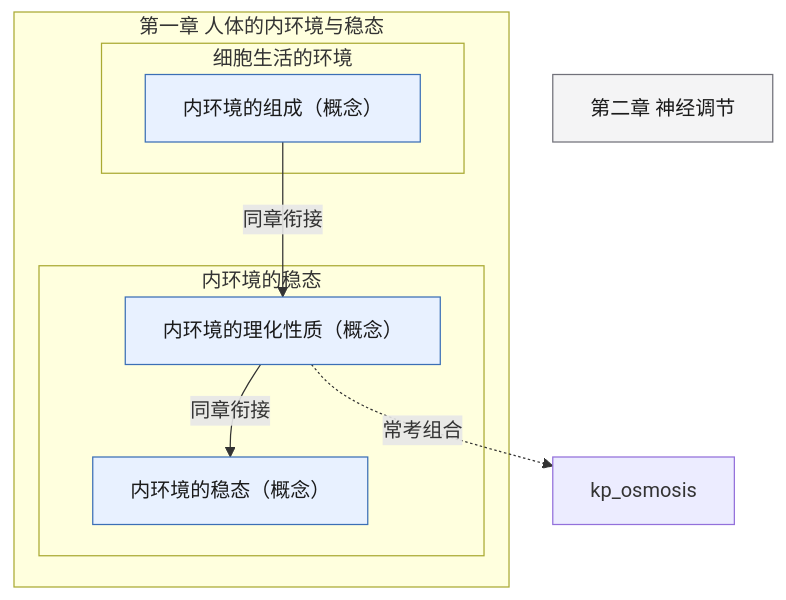
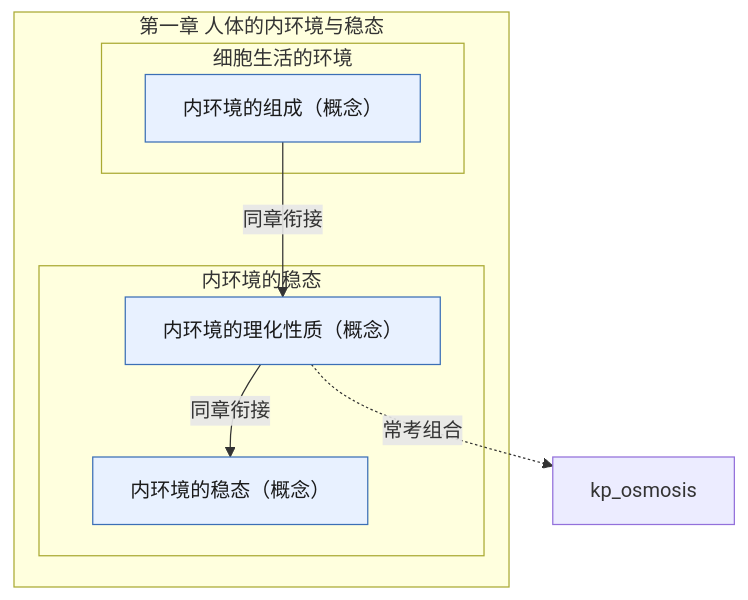
One commit to lihenair/high-school-ai-tutor-skill changed the diagram in skills/high-school-ai-tutor/references/pep-bio-xbx1-ch1.md. Above: the diagram before and after it, drawn with Mermaid. The commit also changed 26 other files, not shown here.

First line of the commit message:
feat(bio): 跨教材知识联系图谱——占位符清退 + 53 条组合边 + 联系图谱文档

````diff
--- a/skills/high-school-ai-tutor/references/pep-bio-xbx1-ch1.md
+++ b/skills/high-school-ai-tutor/references/pep-bio-xbx1-ch1.md
@@ -5,20 +5,19 @@
 ```mermaid
 flowchart TD
   classDef concept fill:#E8F1FF,stroke:#3B6FB6,color:#1A1A1A
   classDef skill fill:#E7F6EE,stroke:#2E7D4F,color:#1A1A1A
   classDef experiment fill:#FFF4E5,stroke:#C47B17,color:#1A1A1A
   classDef later fill:#F4F4F5,stroke:#71717A,color:#1A1A1A
   subgraph ch["第一章 人体的内环境与稳态"]
     subgraph s1["细胞生活的环境"]
       kp_internal_environment["内环境的组成（概念）"]:::concept
     end
     subgraph s2["内环境的稳态"]
       kp_internal_env_properties["内环境的理化性质（概念）"]:::concept
       kp_homeostasis["内环境的稳态（概念）"]:::concept
     end
   end
-  xbx1_ch2["第二章 神经调节"]:::later
   kp_internal_environment -->|同章衔接| kp_internal_env_properties
   kp_internal_env_properties -->|同章衔接| kp_homeostasis
   kp_internal_env_properties -.->|常考组合| kp_osmosis
 ```
````
